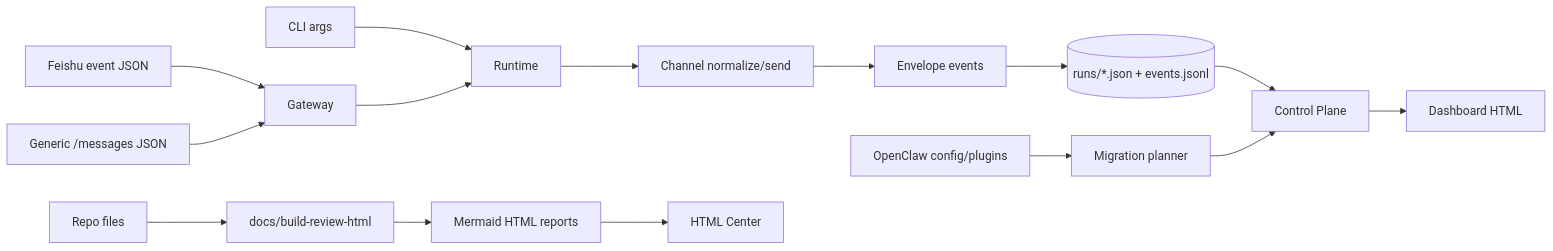
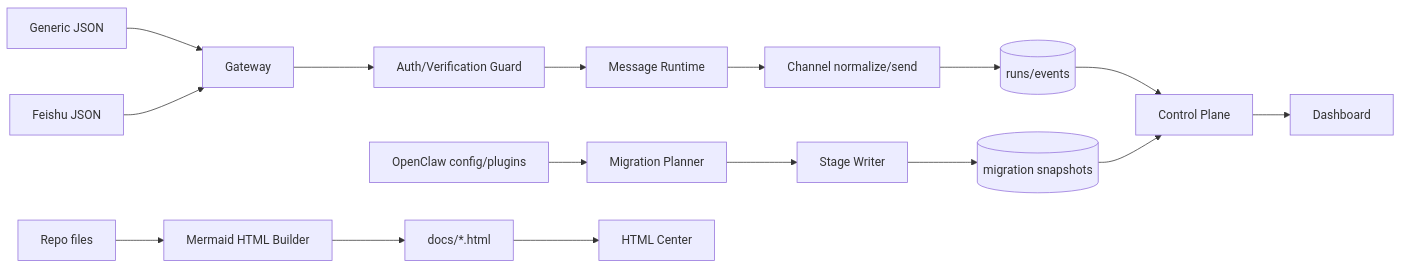
One commit to mayf3/myclaw changed the seventh of 9 diagrams in docs/implementation-architecture.md. Above: the diagram before and after it, drawn with Mermaid. The commit also changed other lines of this file and 18 other files, not shown here.

Commit message:
feat: guard gateway mutations and stage openclaw migration

````diff
--- a/docs/implementation-architecture.md
+++ b/docs/implementation-architecture.md
@@ -226,18 +254,20 @@
 ```mermaid
 flowchart LR
-  FeishuEvent[Feishu event JSON] --> Gateway
-  GenericMessage[Generic /messages JSON] --> Gateway
-  CLIInput[CLI args] --> Runtime
-  Gateway --> Runtime
-  Runtime --> ChannelNormalize[Channel normalize/send]
-  ChannelNormalize --> Envelope[Envelope events]
-  Envelope --> State[(runs/*.json + events.jsonl)]
-  State --> Control[Control Plane]
-  Control --> Dashboard[Dashboard HTML]
+  Generic[Generic JSON] --> Gateway
+  FeishuJSON[Feishu JSON] --> Gateway
+  Gateway --> Guard[Auth/Verification Guard]
+  Guard --> Runtime[Message Runtime]
+  Runtime --> Channel[Channel normalize/send]
+  Channel --> Runs[(runs/events)]
 
-  OpenClawConfig[OpenClaw config/plugins] --> Planner[Migration planner]
-  Planner --> Control
-  SourceFiles[Repo files] --> DocsBuilder[docs/build-review-html]
-  DocsBuilder --> ReviewHTML[Mermaid HTML reports]
-  ReviewHTML --> HtmlCenter[HTML Center]
+  OpenClawConfig[OpenClaw config/plugins] --> Planner[Migration Planner]
+  Planner --> StageWriter[Stage Writer]
+  StageWriter --> Stages[(migration snapshots)]
+  Runs --> Control[Control Plane]
+  Stages --> Control
+  Control --> Dashboard[Dashboard]
+
+  Source[Repo files] --> DocsBuilder[Mermaid HTML Builder]
+  DocsBuilder --> Html[docs/*.html]
+  Html --> HtmlCenter[HTML Center]
 ```
````
